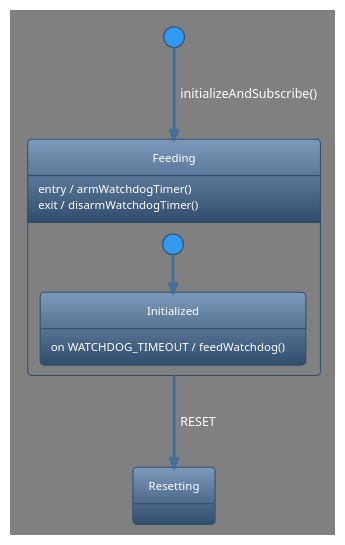
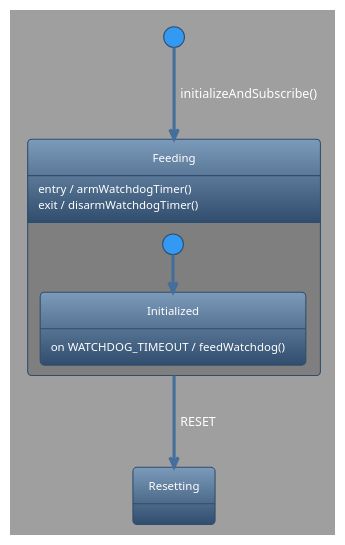
One commit to janelia-arduino/ArenaController changed the first of 4 diagrams in README.org. Above: the diagram before and after it, drawn with PlantUML. The commit also changed other lines of this file and 3 other files, not shown here.

Commit message:
Progress towards state-diagram-pattern

```diff
--- a/README.org
+++ b/README.org
@@ -165,18 +165,25 @@
 #+BEGIN_SRC plantuml :file ./documentation/images/state-diagram-watchdog.png :results none
 @startuml
 !theme spacelab
-skinparam backgroundColor #808080
-state Feeding {
+skinparam backgroundColor #9F9F9F
+<style>
+.nested0 {
+  stateBody {
+    BackGroundColor #7F7F7F;
+  }
+}
+</style>
+state Feeding <<nested0>> {
   Feeding : entry / armWatchdogTimer()
   Feeding : exit / disarmWatchdogTimer()
   state Initialized {
     Initialized : on WATCHDOG_TIMEOUT / feedWatchdog()
   }
   [*] --> Initialized
 }
 [*] --> Feeding : initializeAndSubscribe()
 state Resetting {
 }
 Feeding --> Resetting : RESET
 @enduml
 #+END_SRC
```
